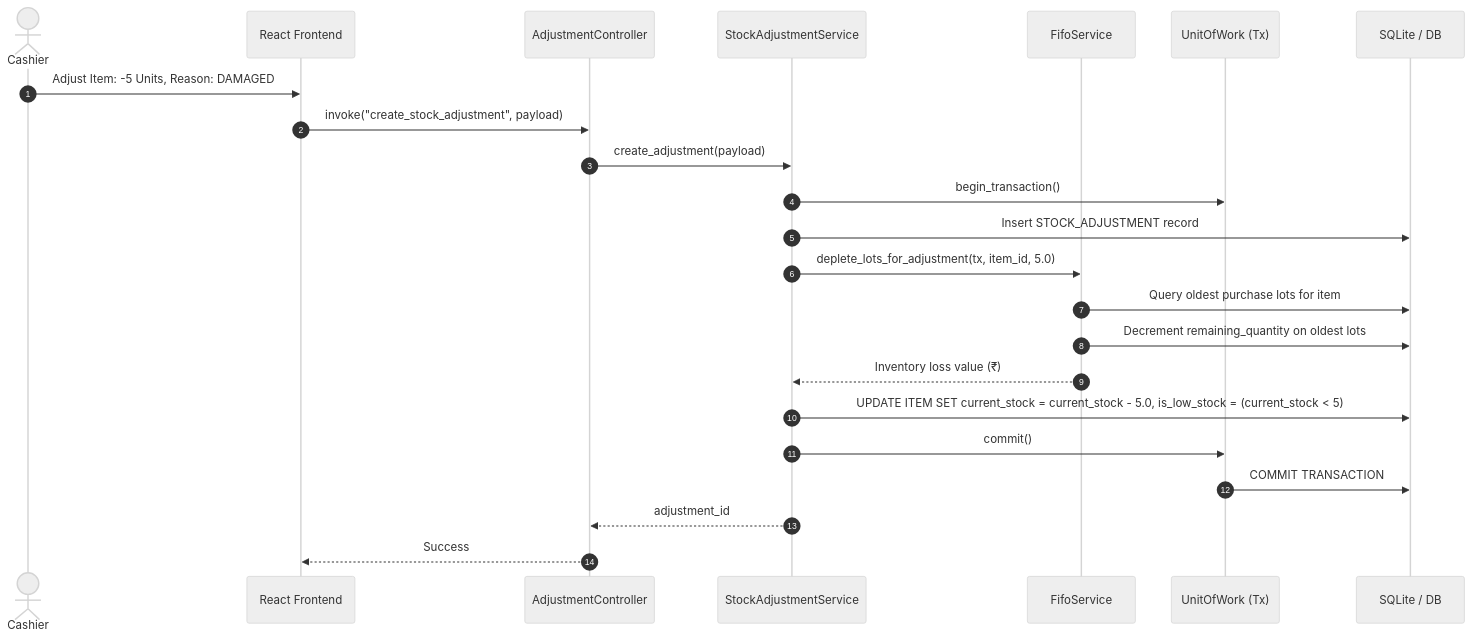
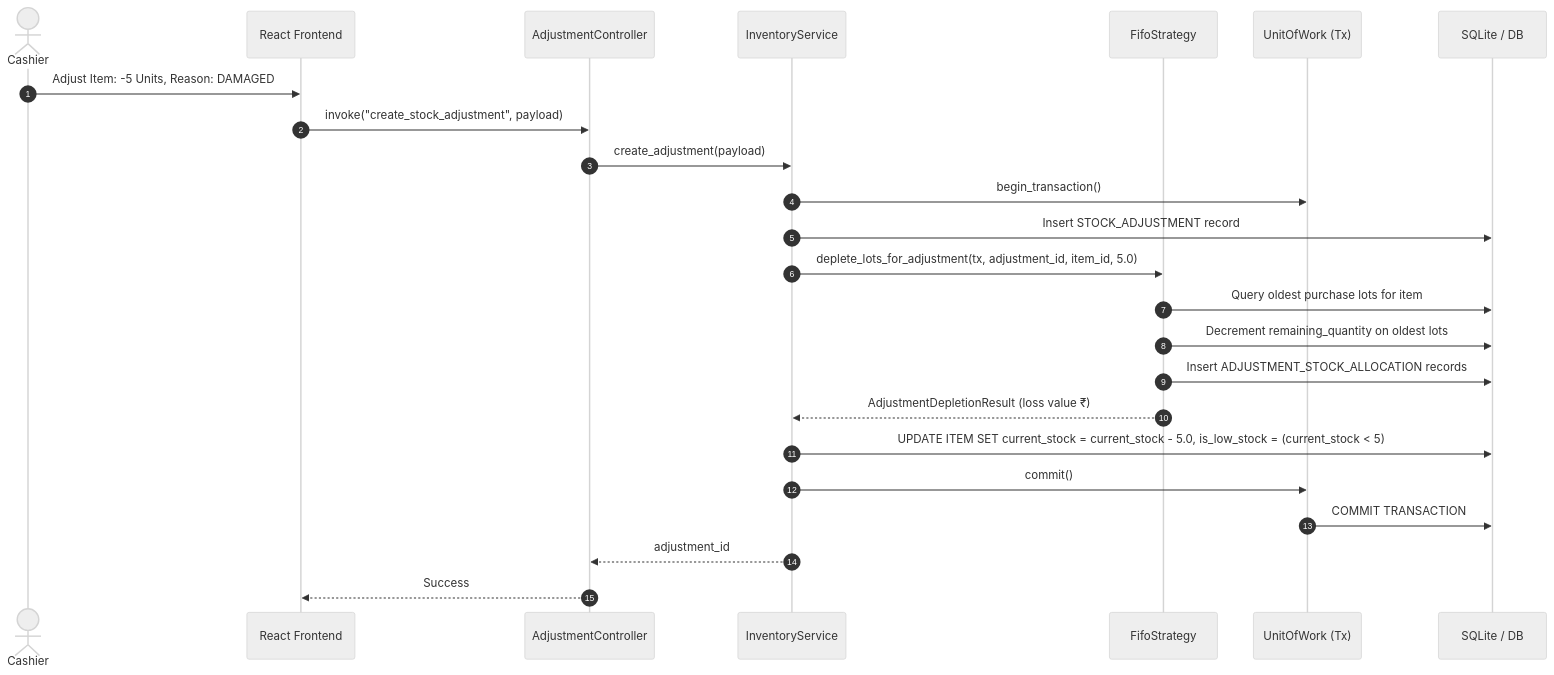
Before and after one commit to thebiz98/book_keeper: the fourth of 6 diagrams in docs/book_keeper_LLD.md, drawn with Mermaid (neutral theme). The commit also changed other lines of this file, not shown here.

Commit message:
docs(lld): update architecture with service layer redesign and test matrices

````diff
--- a/docs/book_keeper_LLD.md
+++ b/docs/book_keeper_LLD.md
@@ -1384,28 +1598,29 @@
 ```mermaid
 sequenceDiagram
     autonumber
     actor Cashier
     participant UI as React Frontend
     participant AC as AdjustmentController
-    participant AS as StockAdjustmentService
-    participant FS as FifoService
+    participant IS as InventoryService
+    participant FS as FifoStrategy
     participant UOW as UnitOfWork (Tx)
     participant DB as SQLite / DB
 
     Cashier->>UI: Adjust Item: -5 Units, Reason: DAMAGED
     UI->>AC: invoke("create_stock_adjustment", payload)
-    AC->>AS: create_adjustment(payload)
-    AS->>UOW: begin_transaction()
-    AS->>DB: Insert STOCK_ADJUSTMENT record
-    
-    AS->>FS: deplete_lots_for_adjustment(tx, item_id, 5.0)
+    AC->>IS: create_adjustment(payload)
+    IS->>UOW: begin_transaction()
+    IS->>DB: Insert STOCK_ADJUSTMENT record
+
+    IS->>FS: deplete_lots_for_adjustment(tx, adjustment_id, item_id, 5.0)
     FS->>DB: Query oldest purchase lots for item
     FS->>DB: Decrement remaining_quantity on oldest lots
-    FS-->>AS: Inventory loss value (₹)
-    
-    AS->>DB: UPDATE ITEM SET current_stock = current_stock - 5.0, is_low_stock = (current_stock < 5)
-    AS->>UOW: commit()
+    FS->>DB: Insert ADJUSTMENT_STOCK_ALLOCATION records
+    FS-->>IS: AdjustmentDepletionResult (loss value ₹)
+
+    IS->>DB: UPDATE ITEM SET current_stock = current_stock - 5.0, is_low_stock = (current_stock < 5)
+    IS->>UOW: commit()
     UOW->>DB: COMMIT TRANSACTION
-    AS-->>AC: adjustment_id
+    IS-->>AC: adjustment_id
     AC-->>UI: Success
 ```
````
